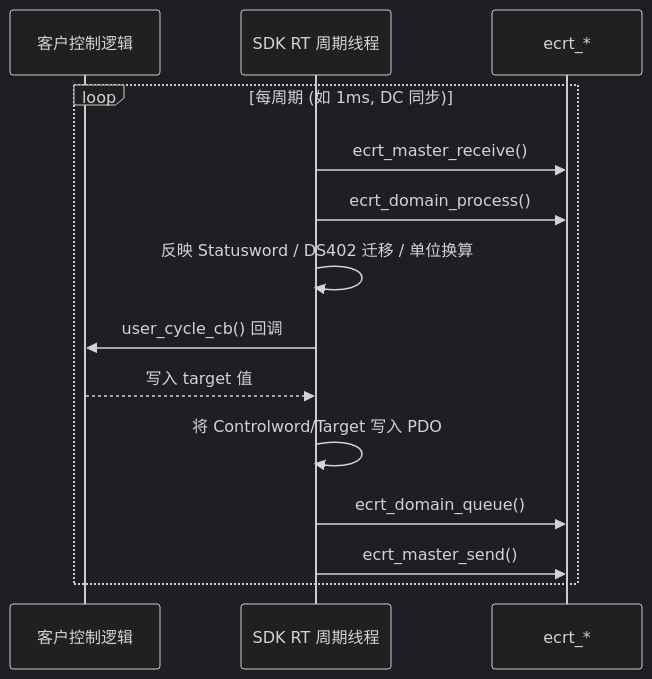
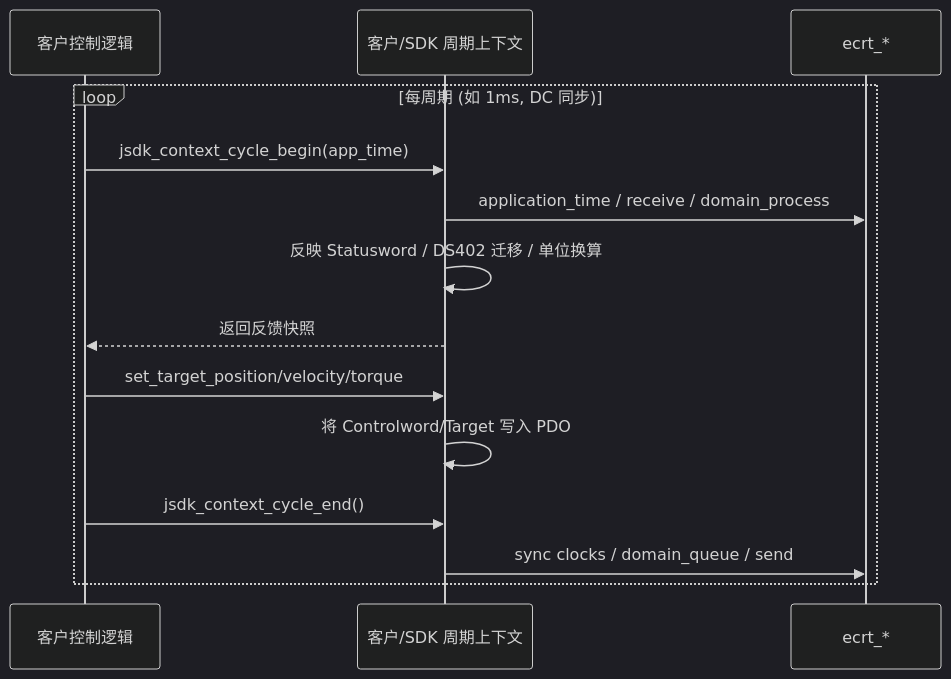
The third of 3 diagrams in docs/joint-sdk/ARCHITECTURE.zh-CN.md (cyberbeast0829/EtherCAT_Master_Joint_SDK), drawn with Mermaid (dark theme) before and after one commit. The commit also changed other lines of this file and 11 other files, not shown here.

````diff
--- a/docs/joint-sdk/ARCHITECTURE.zh-CN.md
+++ b/docs/joint-sdk/ARCHITECTURE.zh-CN.md
@@ -155,17 +166,17 @@
 ```mermaid
 sequenceDiagram
     participant U as 客户控制逻辑
-    participant RT as SDK RT 周期线程
+  participant RT as 客户/SDK 周期上下文
     participant IgH as ecrt_*
 
     loop 每周期 (如 1ms, DC 同步)
-        RT->>IgH: ecrt_master_receive()
-        RT->>IgH: ecrt_domain_process()
+    U->>RT: jsdk_context_cycle_begin(app_time)
+    RT->>IgH: application_time / receive / domain_process
         RT->>RT: 反映 Statusword / DS402 迁移 / 单位换算
-        RT->>U: user_cycle_cb() 回调
-        U-->>RT: 写入 target 值
+    RT-->>U: 返回反馈快照
+    U->>RT: set_target_position/velocity/torque
         RT->>RT: 将 Controlword/Target 写入 PDO
-        RT->>IgH: ecrt_domain_queue()
-        RT->>IgH: ecrt_master_send()
+    U->>RT: jsdk_context_cycle_end()
+    RT->>IgH: sync clocks / domain_queue / send
     end
 ```
````
